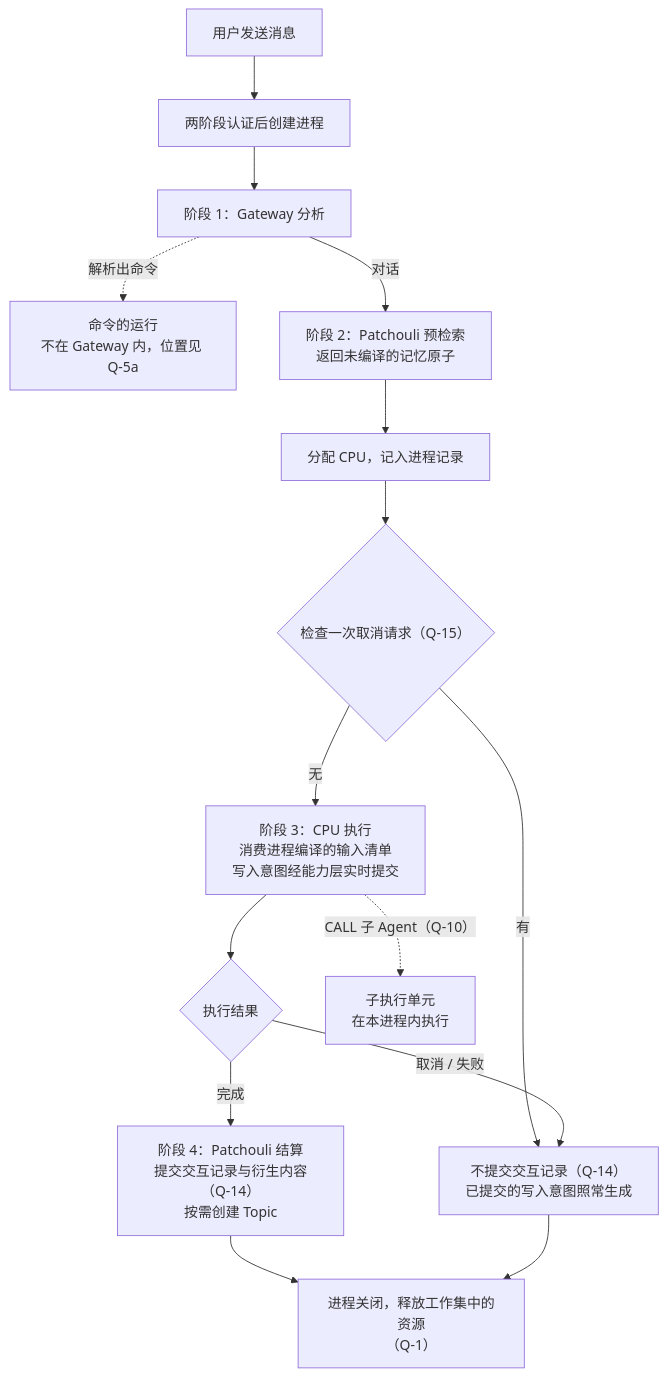
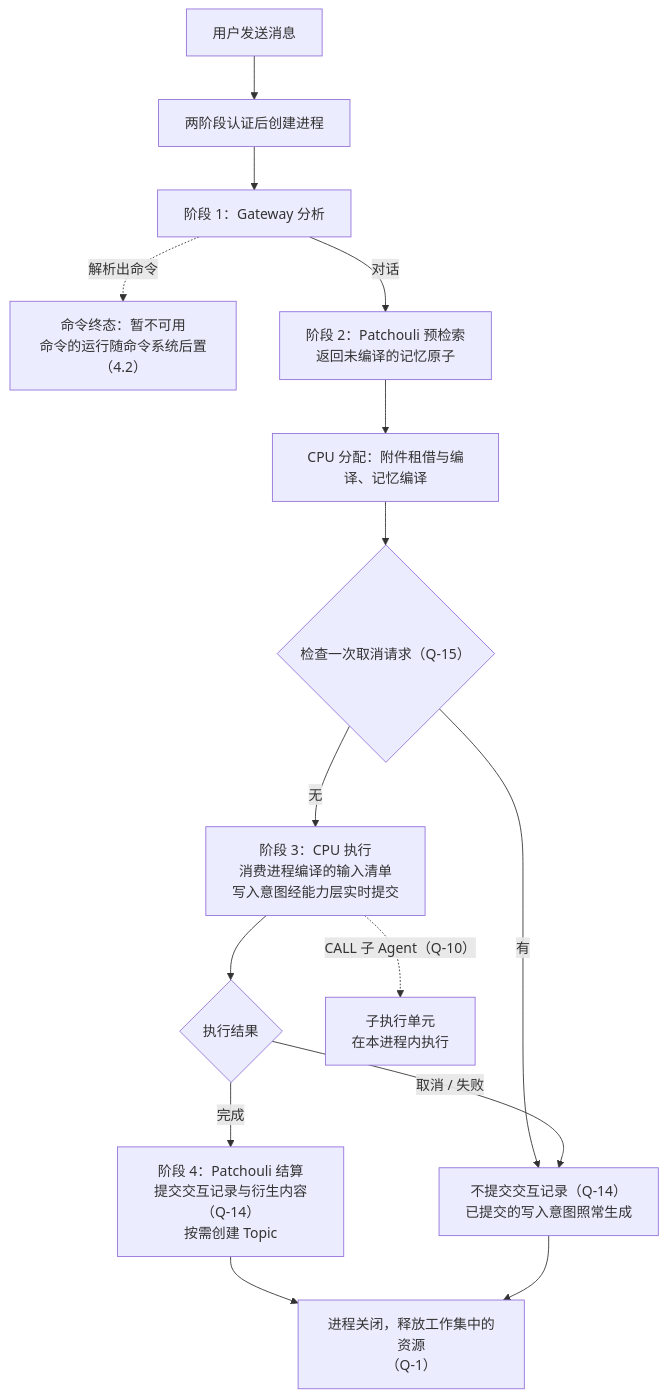
The fourth of 4 diagrams in docs/ideas/task-process-table-and-registration-entry.md (artemis03976/HiveMemory), drawn with Mermaid before and after one commit. The commit also changed other lines of this file and 131 other files, not shown here.

````diff
--- a/docs/ideas/task-process-table-and-registration-entry.md
+++ b/docs/ideas/task-process-table-and-registration-entry.md
@@ -285,17 +303,17 @@
 ```mermaid
 flowchart TB
     A["用户发送消息"] --> B["两阶段认证后创建进程"]
     B --> C["阶段 1：Gateway 分析"]
-    C -. "解析出命令" .-> K["命令的运行<br/>不在 Gateway 内，位置见 Q-5a"]
+    C -. "解析出命令" .-> K["命令终态：暂不可用<br/>命令的运行随命令系统后置（4.2）"]
     C -- "对话" --> D["阶段 2：Patchouli 预检索<br/>返回未编译的记忆原子"]
-    D --> E["分配 CPU，记入进程记录"]
+    D --> E["CPU 分配：附件租借与编译、记忆编译"]
     E --> X{"检查一次取消请求（Q-15）"}
     X -- "有" --> I
     X -- "无" --> F["阶段 3：CPU 执行<br/>消费进程编译的输入清单<br/>写入意图经能力层实时提交"]
     F --> G{"执行结果"}
     G -- "完成" --> H["阶段 4：Patchouli 结算<br/>提交交互记录与衍生内容（Q-14）<br/>按需创建 Topic"]
     G -- "取消 / 失败" --> I["不提交交互记录（Q-14）<br/>已提交的写入意图照常生成"]
     H --> J["进程关闭，释放工作集中的资源<br/>（Q-1）"]
     I --> J
     F -. "CALL 子 Agent（Q-10）" .-> L["子执行单元<br/>在本进程内执行"]
 ```
````
